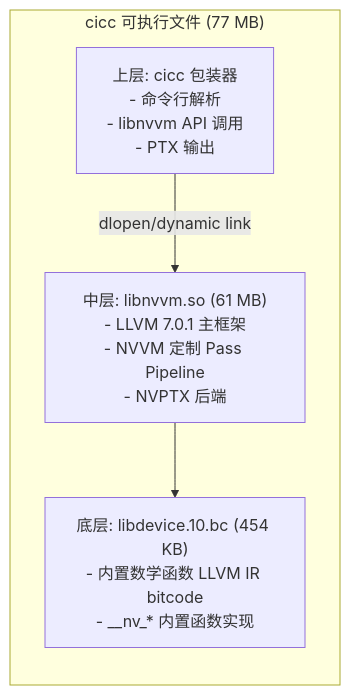
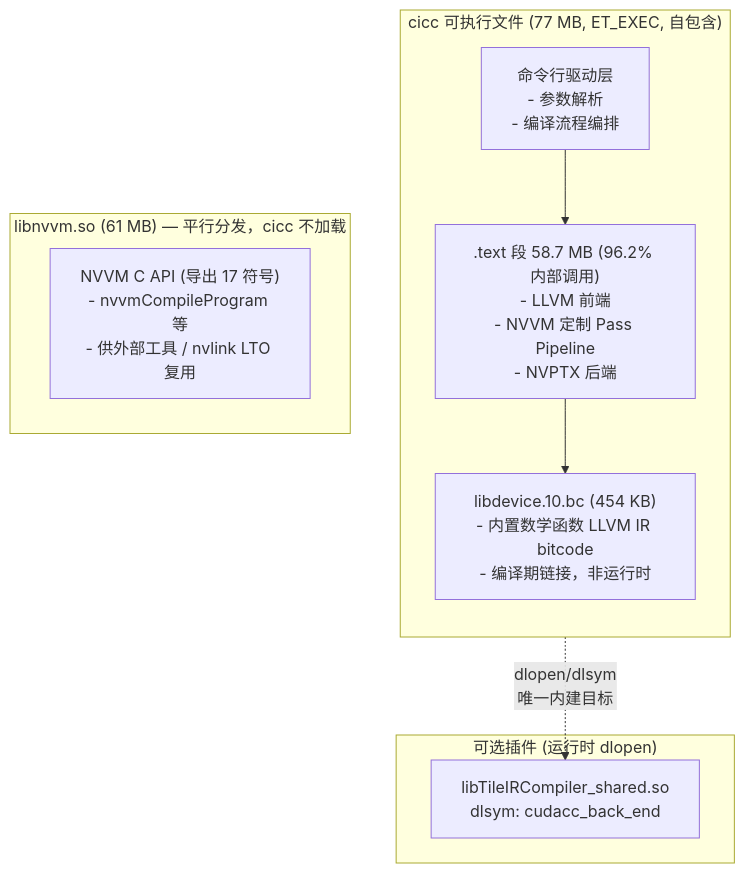
One commit to noisystreet/deep_dive_into_cuda changed the diagram in source/_static/cicc_architecture.mmd. Above: the diagram before and after it, drawn with Mermaid. The commit also changed 4 other files, not shown here.

First line of the commit message:
第 2 章引入二进制实测证据，修正 cicc 依赖 libnvvm 的旧论断

```diff
--- a/source/_static/cicc_architecture.mmd
+++ b/source/_static/cicc_architecture.mmd
@@ -1,7 +1,17 @@
 flowchart TB
-    subgraph CICC["cicc 可执行文件 (77 MB)"]
+    subgraph CICC["cicc 可执行文件 (77 MB, ET_EXEC, 自包含)"]
         direction TB
-        L1["上层: cicc 包装器<br/>- 命令行解析<br/>- libnvvm API 调用<br/>- PTX 输出"] -->|dlopen/dynamic link| L2
-        L2["中层: libnvvm.so (61 MB)<br/>- LLVM 7.0.1 主框架<br/>- NVVM 定制 Pass Pipeline<br/>- NVPTX 后端"] --> L3
-        L3["底层: libdevice.10.bc (454 KB)<br/>- 内置数学函数 LLVM IR bitcode<br/>- __nv_* 内置函数实现"]
+        L1["命令行驱动层<br/>- 参数解析<br/>- 编译流程编排"] --> L2
+        L2[".text 段 58.7 MB (96.2% 内部调用)<br/>- LLVM 前端<br/>- NVVM 定制 Pass Pipeline<br/>- NVPTX 后端"] --> L3
+        L3["libdevice.10.bc (454 KB)<br/>- 内置数学函数 LLVM IR bitcode<br/>- 编译期链接，非运行时"]
     end
+
+    subgraph PLUG["可选插件 (运行时 dlopen)"]
+        P1["libTileIRCompiler_shared.so<br/>dlsym: cudacc_back_end"]
+    end
+
+    L1 -.->|"dlopen/dlsym<br/>唯一内建目标"| P1
+
+    subgraph NVVM["libnvvm.so (61 MB) — 平行分发，cicc 不加载"]
+        N1["NVVM C API (导出 17 符号)<br/>- nvvmCompileProgram 等<br/>- 供外部工具 / nvlink LTO 复用"]
+    end
```
